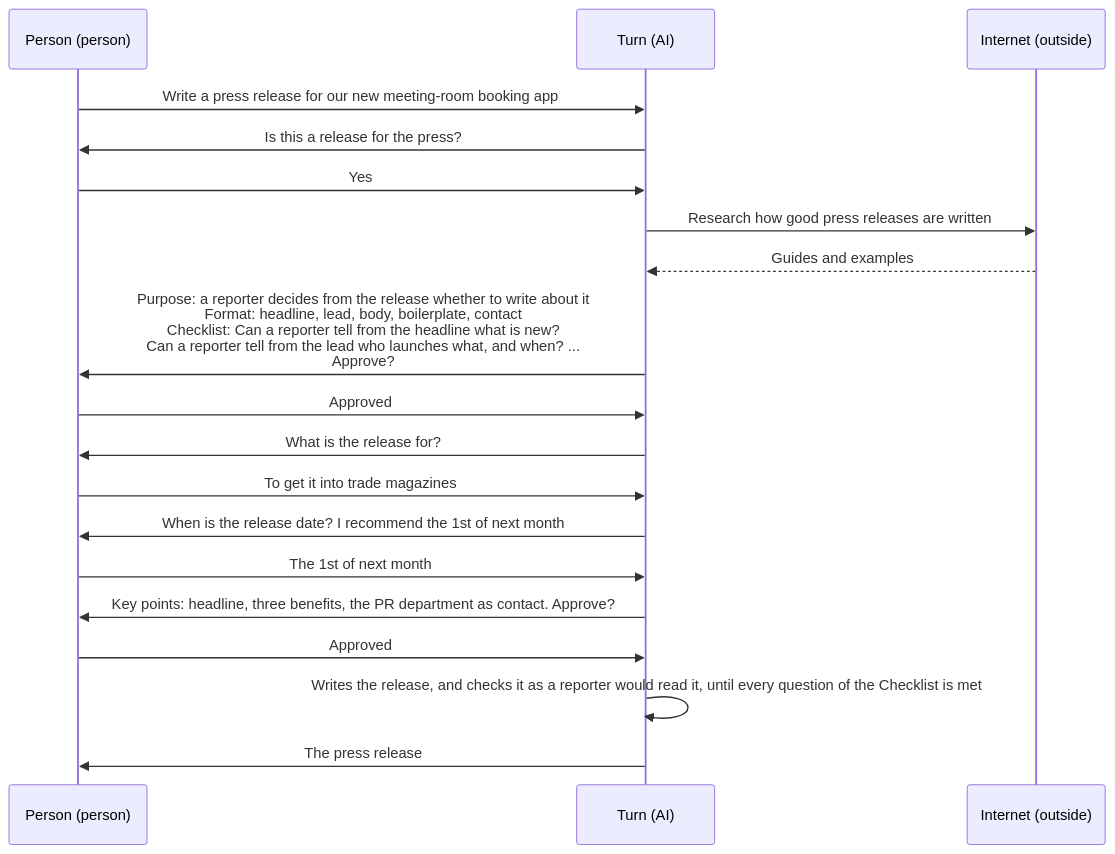
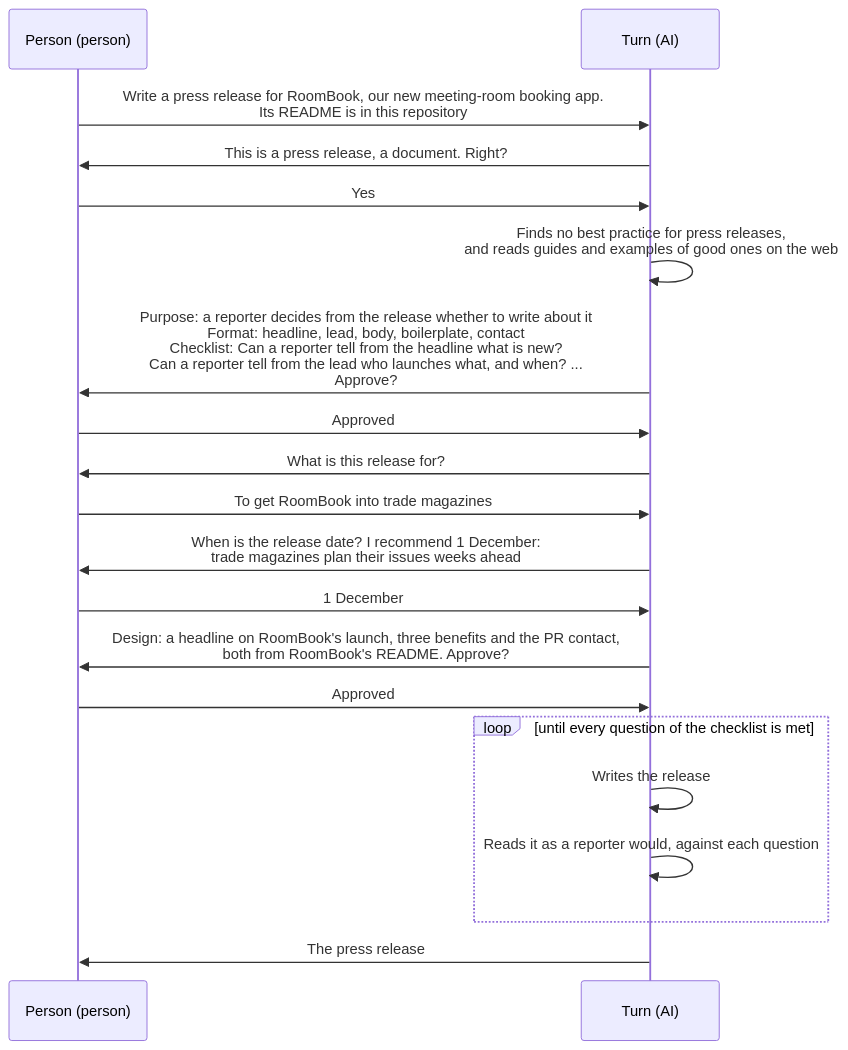
The diagram in dev/turn/ux.md (lovaizu/ccpm), drawn with Mermaid before and after one commit. The commit also changed other lines of this file and 3 other files, not shown here.

First line of the commit message:
turn's UX made again by ux's best practice from turn-rebuild.md: KR1.1 the share put to use as delivered, the priorities of its key results, the person and Turn alone as participants, and the scenario of the new turn; ux's priority lets pairs with one reason share a sentence

````diff
--- a/dev/turn/ux.md
+++ b/dev/turn/ux.md
@@ -22,21 +31,22 @@
 ```mermaid
 sequenceDiagram
-  participant User as Person (person)
-  participant turn as Turn (AI)
-  participant Web as Internet (outside)
-  User->>turn: Write a press release for our new meeting-room booking app
-  turn->>User: Is this a release for the press?
-  User->>turn: Yes
-  turn->>Web: Research how good press releases are written
-  Web-->>turn: Guides and examples
-  turn->>User: Purpose: a reporter decides from the release whether to write about it<br/>Format: headline, lead, body, boilerplate, contact<br/>Checklist: Can a reporter tell from the headline what is new?<br/>Can a reporter tell from the lead who launches what, and when? ...<br/>Approve?
-  User->>turn: Approved
-  turn->>User: What is the release for?
-  User->>turn: To get it into trade magazines
-  turn->>User: When is the release date? I recommend the 1st of next month
-  User->>turn: The 1st of next month
-  turn->>User: Key points: headline, three benefits, the PR department as contact. Approve?
-  User->>turn: Approved
-  turn->>turn: Writes the release, and checks it as a reporter would read it, until every question of the Checklist is met
-  turn->>User: The press release
+  participant P as Person (person)
+  participant T as Turn (AI)
+  P->>T: Write a press release for RoomBook, our new meeting-room booking app.<br/>Its README is in this repository
+  T->>P: This is a press release, a document. Right?
+  P->>T: Yes
+  T->>T: Finds no best practice for press releases,<br/>and reads guides and examples of good ones on the web
+  T->>P: Purpose: a reporter decides from the release whether to write about it<br/>Format: headline, lead, body, boilerplate, contact<br/>Checklist: Can a reporter tell from the headline what is new?<br/>Can a reporter tell from the lead who launches what, and when? ...<br/>Approve?
+  P->>T: Approved
+  T->>P: What is this release for?
+  P->>T: To get RoomBook into trade magazines
+  T->>P: When is the release date? I recommend 1 December:<br/>trade magazines plan their issues weeks ahead
+  P->>T: 1 December
+  T->>P: Design: a headline on RoomBook's launch, three benefits and the PR contact,<br/>both from RoomBook's README. Approve?
+  P->>T: Approved
+  loop until every question of the checklist is met
+    T->>T: Writes the release
+    T->>T: Reads it as a reporter would, against each question
+  end
+  T->>P: The press release
 ```
````
